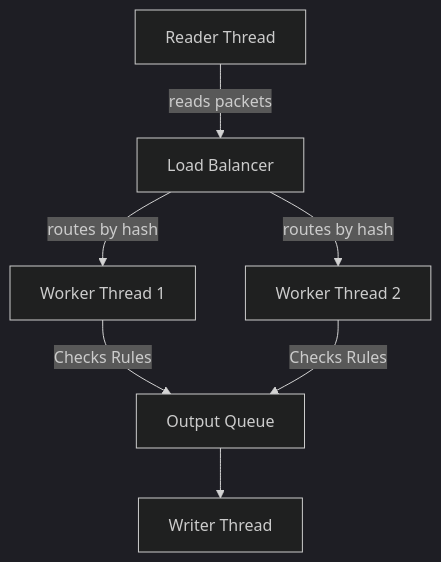
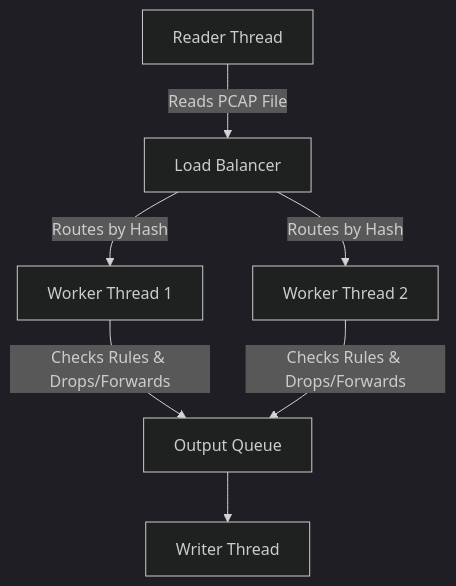
The diagram in README.md (rajakumar123-commit/NetScope-DPI-Lite), drawn with Mermaid (dark theme) before and after one commit. The commit also changed other lines of this file, not shown here.

````diff
--- a/README.md
+++ b/README.md
@@ -35,12 +36,12 @@
 ```mermaid
 graph TD
-    Reader[Reader Thread] -- "reads packets" --> LB[Load Balancer]
+    Reader[Reader Thread] -- "Reads PCAP File" --> LB[Load Balancer]
     
-    LB -- "routes by hash" --> W1[Worker Thread 1]
-    LB -- "routes by hash" --> W2[Worker Thread 2]
+    LB -- "Routes by Hash" --> W1[Worker Thread 1]
+    LB -- "Routes by Hash" --> W2[Worker Thread 2]
     
-    W1 -- "Checks Rules" --> Q_Out[Output Queue]
-    W2 -- "Checks Rules" --> Q_Out
+    W1 -- "Checks Rules & Drops/Forwards" --> Q_Out[Output Queue]
+    W2 -- "Checks Rules & Drops/Forwards" --> Q_Out
     
     Q_Out --> Writer[Writer Thread]
 ```
````
